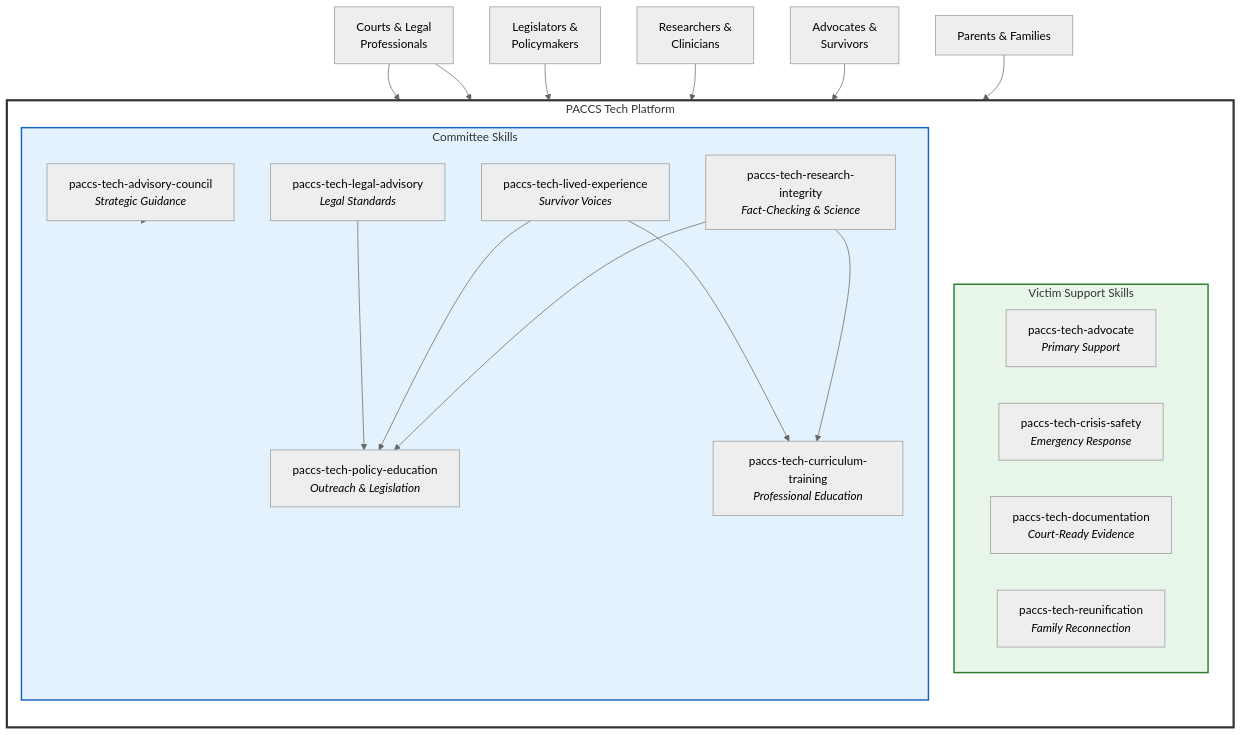
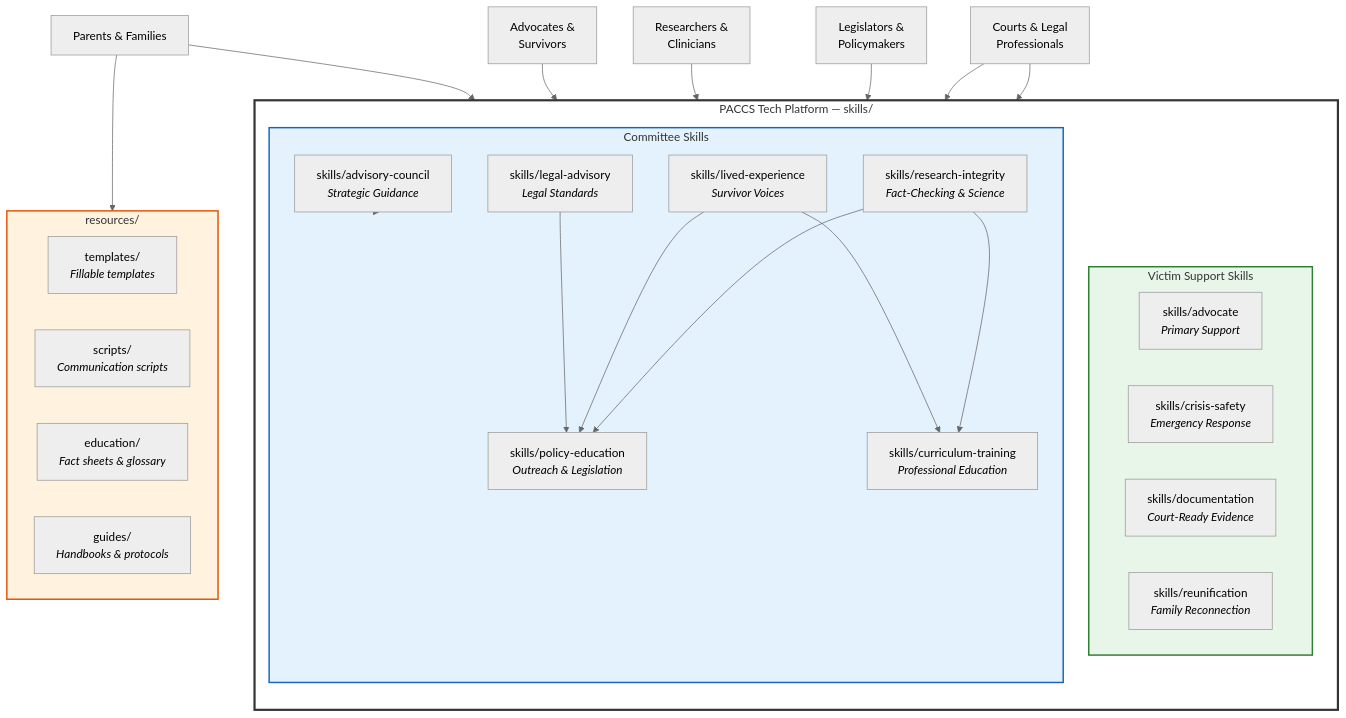
Before and after one commit to dougdevitre/paccs: the first of 9 diagrams in README.md, drawn with Mermaid (neutral theme). The commit also changed other lines of this file, not shown here.

First line of the commit message:
Update README mermaid diagrams and tables for new structure

````diff
--- a/README.md
+++ b/README.md
@@ -22,40 +22,49 @@
 ```mermaid
 graph TB
-    subgraph PACCS["PACCS Tech Platform"]
+    subgraph PACCS["PACCS Tech Platform — skills/"]
         direction TB
         
         subgraph victim["Victim Support Skills"]
-            ADV["paccs-tech-advocate<br/><i>Primary Support</i>"]
-            CRS["paccs-tech-crisis-safety<br/><i>Emergency Response</i>"]
-            DOC["paccs-tech-documentation<br/><i>Court-Ready Evidence</i>"]
-            RUN["paccs-tech-reunification<br/><i>Family Reconnection</i>"]
+            ADV["skills/advocate<br/><i>Primary Support</i>"]
+            CRS["skills/crisis-safety<br/><i>Emergency Response</i>"]
+            DOC["skills/documentation<br/><i>Court-Ready Evidence</i>"]
+            RUN["skills/reunification<br/><i>Family Reconnection</i>"]
         end
         
         subgraph committee["Committee Skills"]
-            POL["paccs-tech-policy-education<br/><i>Outreach & Legislation</i>"]
-            LIV["paccs-tech-lived-experience<br/><i>Survivor Voices</i>"]
-            RES["paccs-tech-research-integrity<br/><i>Fact-Checking & Science</i>"]
-            CUR["paccs-tech-curriculum-training<br/><i>Professional Education</i>"]
-            LEG["paccs-tech-legal-advisory<br/><i>Legal Standards</i>"]
-            ADC["paccs-tech-advisory-council<br/><i>Strategic Guidance</i>"]
+            POL["skills/policy-education<br/><i>Outreach & Legislation</i>"]
+            LIV["skills/lived-experience<br/><i>Survivor Voices</i>"]
+            RES["skills/research-integrity<br/><i>Fact-Checking & Science</i>"]
+            CUR["skills/curriculum-training<br/><i>Professional Education</i>"]
+            LEG["skills/legal-advisory<br/><i>Legal Standards</i>"]
+            ADC["skills/advisory-council<br/><i>Strategic Guidance</i>"]
         end
     end
 
+    subgraph resources["resources/"]
+        TPL["templates/<br/><i>Fillable templates</i>"]
+        SCR["scripts/<br/><i>Communication scripts</i>"]
+        EDU["education/<br/><i>Fact sheets & glossary</i>"]
+        GDE["guides/<br/><i>Handbooks & protocols</i>"]
+    end
+
     Parents["Parents & Families"] --> victim
+    Parents --> resources
     Courts["Courts & Legal<br/>Professionals"] --> LEG
     Courts --> CUR
     Legislators["Legislators &<br/>Policymakers"] --> POL
     Researchers["Researchers &<br/>Clinicians"] --> RES
     Advocates["Advocates &<br/>Survivors"] --> LIV
 
     RES --> POL
     RES --> CUR
     LIV --> POL
     LIV --> CUR
     LEG --> POL
     ADC --> committee
 
     style victim fill:#e8f5e9,stroke:#2e7d32,stroke-width:2px
     style committee fill:#e3f2fd,stroke:#1565c0,stroke-width:2px
+    style resources fill:#fff3e0,stroke:#e65100,stroke-width:2px
     style PACCS fill:#fff,stroke:#333,stroke-width:3px
 ```
````
